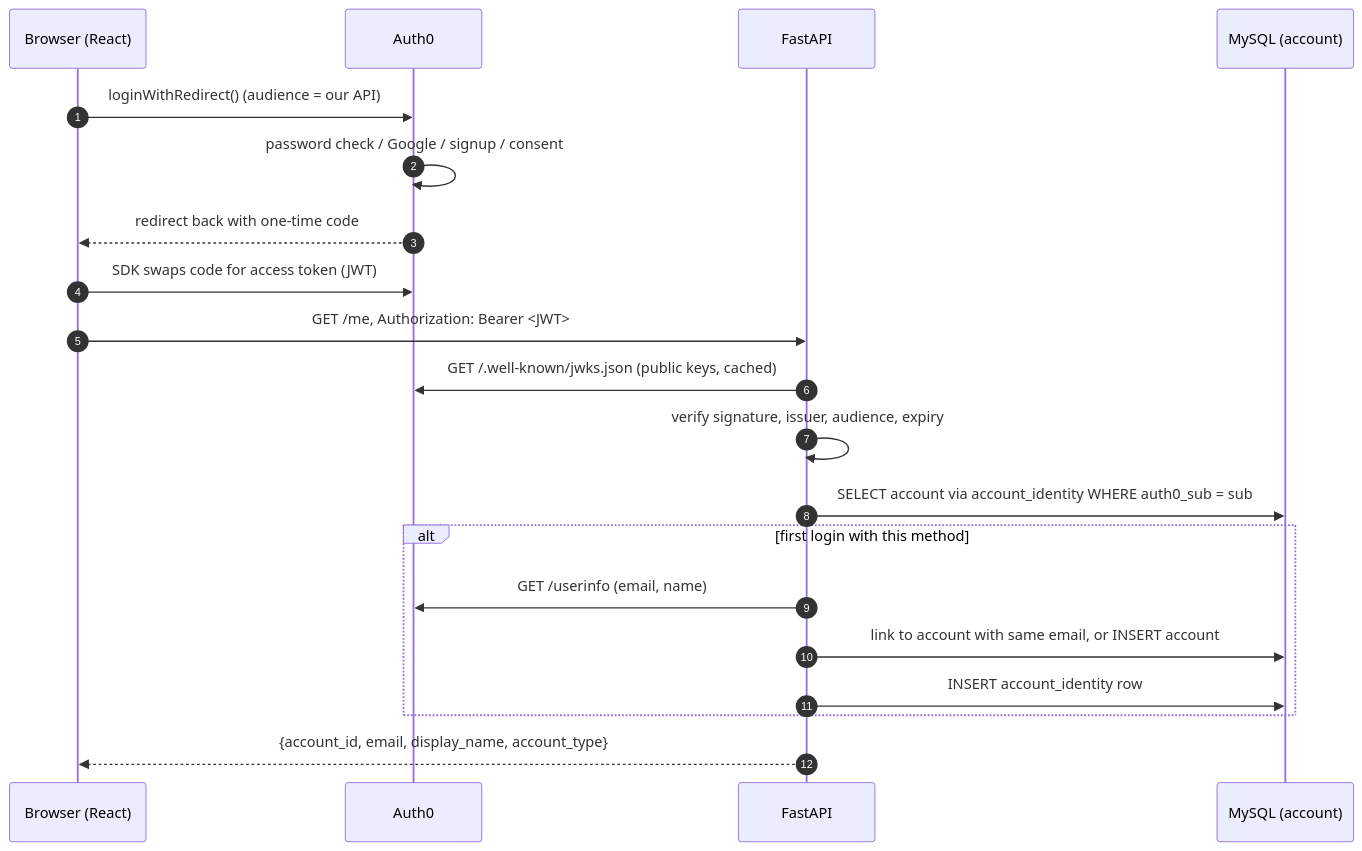
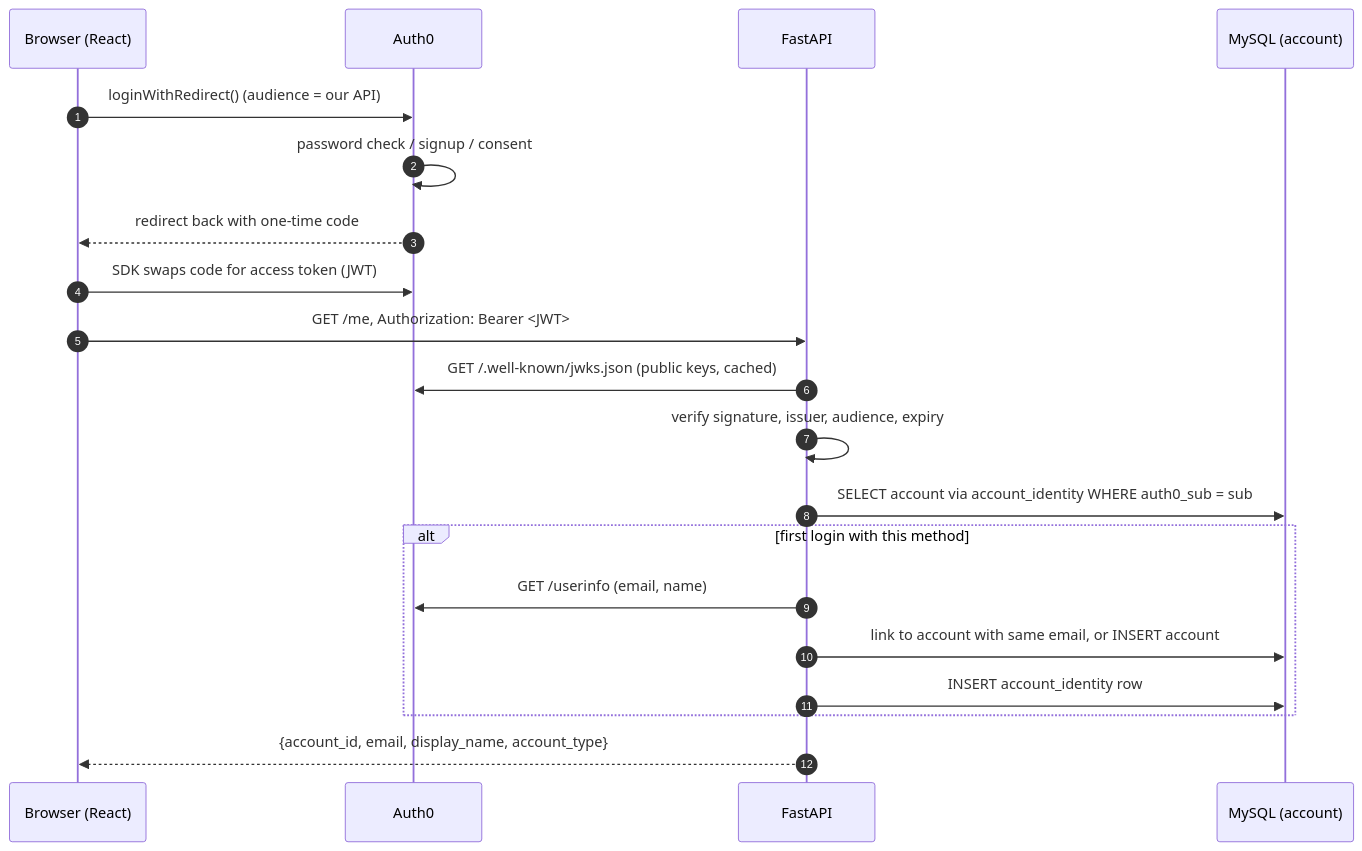
One commit to sudo-nickPinto/CS440-Quiz-Platform changed the first of 4 diagrams in docs/AUTH.md. Above: the diagram before and after it, drawn with Mermaid. The commit also changed other lines of this file and 5 other files, not shown here.

````diff
--- a/docs/AUTH.md
+++ b/docs/AUTH.md
@@ -10,23 +10,23 @@
 ```mermaid
 sequenceDiagram
     autonumber
     participant B as Browser (React)
     participant A as Auth0
     participant F as FastAPI
     participant D as MySQL (account)
 
     B->>A: loginWithRedirect() (audience = our API)
-    A->>A: password check / Google / signup / consent
+    A->>A: password check / signup / consent
     A-->>B: redirect back with one-time code
     B->>A: SDK swaps code for access token (JWT)
     B->>F: GET /me, Authorization: Bearer <JWT>
     F->>A: GET /.well-known/jwks.json (public keys, cached)
     F->>F: verify signature, issuer, audience, expiry
     F->>D: SELECT account via account_identity WHERE auth0_sub = sub
     alt first login with this method
         F->>A: GET /userinfo (email, name)
         F->>D: link to account with same email, or INSERT account
         F->>D: INSERT account_identity row
     end
     F-->>B: {account_id, email, display_name, account_type}
 ```
````
